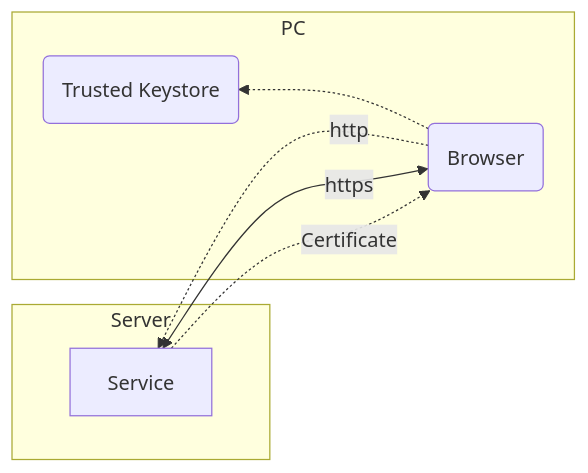
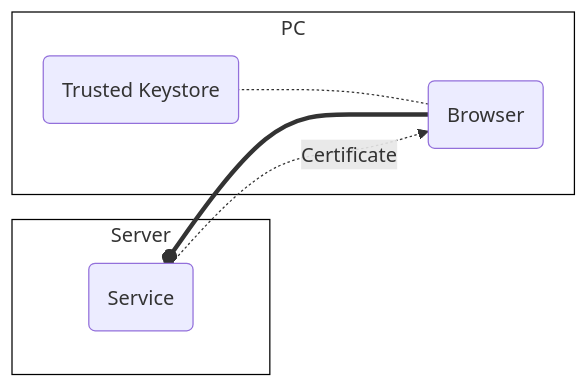
The fifth of 16 diagrams in docs/docs/topics/mutual-auth.md (pomerium/pomerium), drawn with Mermaid before and after one commit. The commit also changed other lines of this file and 1 other file, not shown here.

````diff
--- a/docs/docs/topics/mutual-auth.md
+++ b/docs/docs/topics/mutual-auth.md
@@ -142,11 +136,12 @@
 ```mermaid
 flowchart RL
-    subgraph pc [PC]
-    D(Browser) -.-> B(Trusted Keystore)
-    end
-    subgraph Server
-    D-. http .-> A[Service]
-    A-. Certificate .->D
-    end
-    D<-- https -->A
+  subgraph pc [PC]
+    D(Browser) -.- B(Trusted Keystore)
+  end
+  subgraph Server
+    A(Service)-.Certificate.->D
+  end
+  D==oA
+  style pc fill: white, stroke: black
+style Server fill: white, stroke: black
 ```
````
